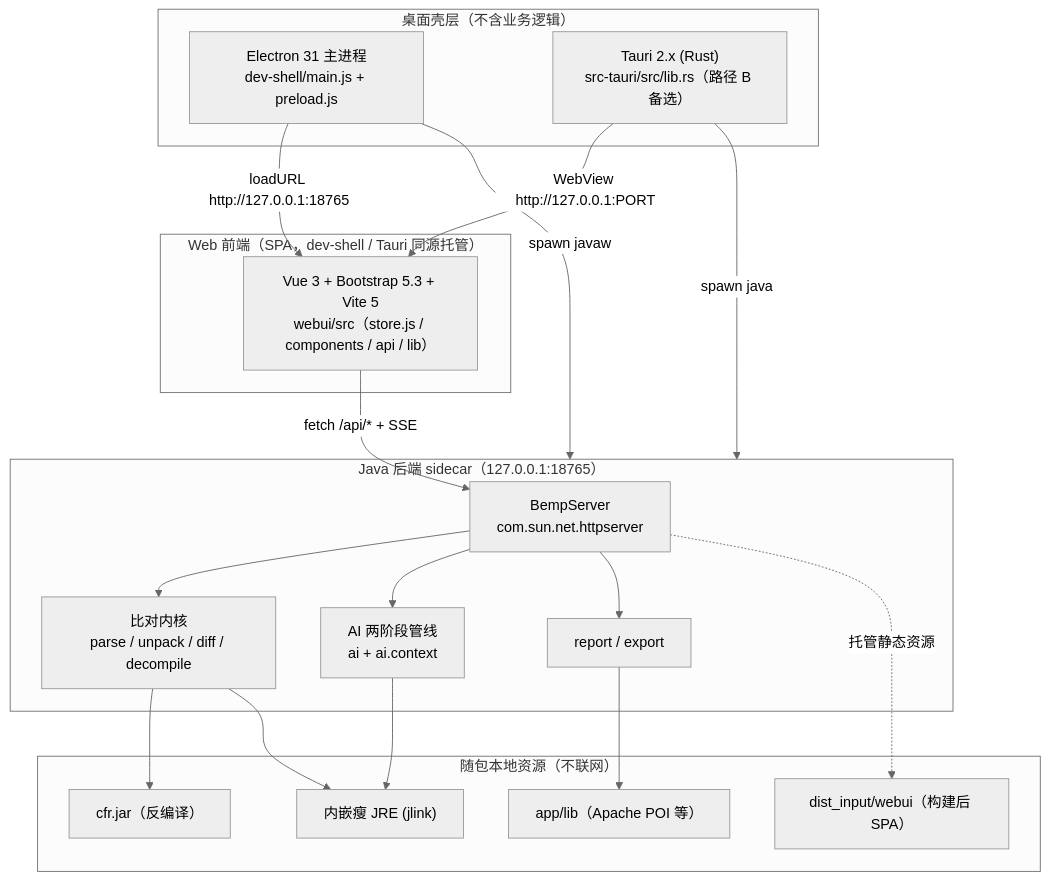
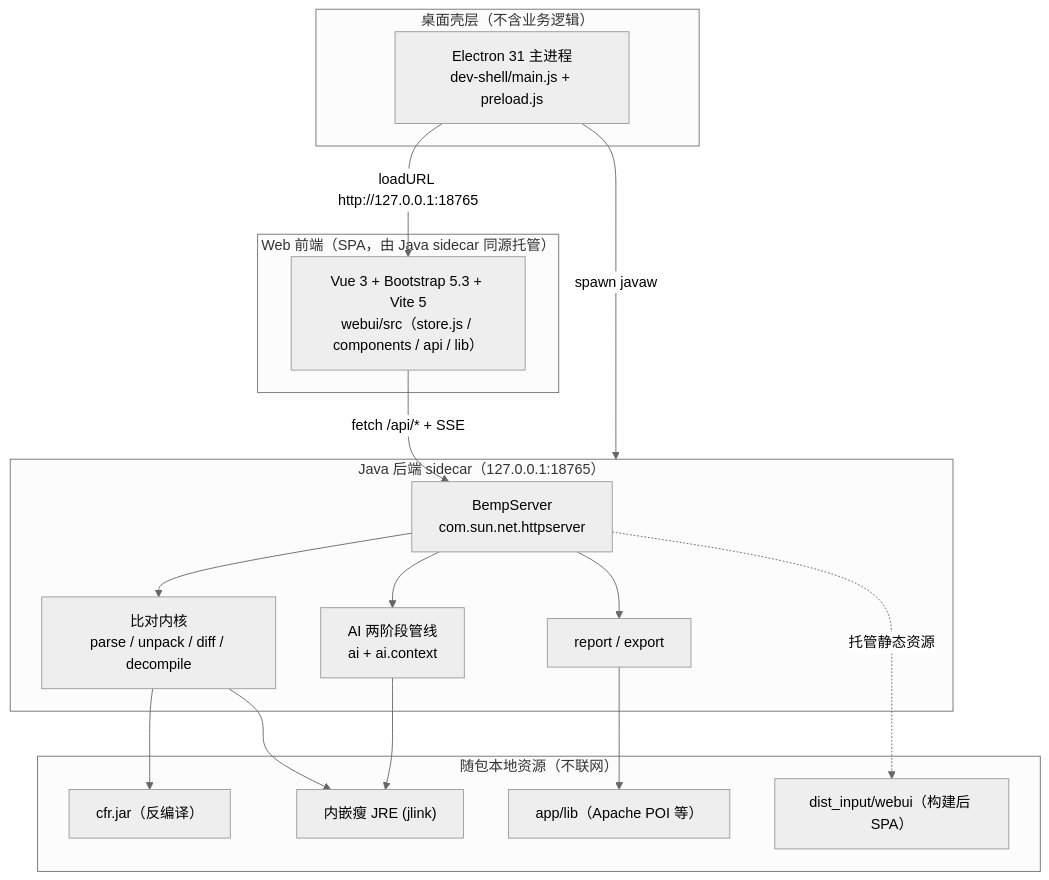
The first of 6 diagrams in docs/系统架构设计.md (wangnan05563/BempDiff), drawn with Mermaid (neutral theme) before and after one commit. The commit also changed other lines of this file and 87 other files, not shown here.

````diff
--- a/docs/系统架构设计.md
+++ b/docs/系统架构设计.md
@@ -51,39 +52,36 @@
 ```mermaid
 graph TB
     subgraph Shell["桌面壳层（不含业务逻辑）"]
         EL["Electron 31 主进程<br/>dev-shell/main.js + preload.js"]
-        TA["Tauri 2.x (Rust)<br/>src-tauri/src/lib.rs（路径 B 备选）"]
     end
 
-    subgraph FE["Web 前端（SPA，dev-shell / Tauri 同源托管）"]
+    subgraph FE["Web 前端（SPA，由 Java sidecar 同源托管）"]
         SPA["Vue 3 + Bootstrap 5.3 + Vite 5<br/>webui/src（store.js / components / api / lib）"]
     end
 
     subgraph BE["Java 后端 sidecar（127.0.0.1:18765）"]
         BESRV["BempServer<br/>com.sun.net.httpserver"]
         ENG["比对内核<br/>parse / unpack / diff / decompile"]
         AI["AI 两阶段管线<br/>ai + ai.context"]
         RPT["report / export"]
     end
 
     subgraph RES["随包本地资源（不联网）"]
         JRE["内嵌瘦 JRE (jlink)"]
         CFR["cfr.jar（反编译）"]
         POI["app/lib（Apache POI 等）"]
         WEBUI["dist_input/webui（构建后 SPA）"]
     end
 
     EL -->|spawn javaw| BE
-    TA -->|spawn java| BE
     EL -->|loadURL http://127.0.0.1:18765| SPA
-    TA -->|WebView http://127.0.0.1:PORT| SPA
     SPA -->|fetch /api/* + SSE| BESRV
     BESRV --> ENG
     BESRV --> AI
     BESRV --> RPT
     ENG --> CFR
     ENG --> JRE
     AI --> JRE
     RPT --> POI
     BESRV -.->|托管静态资源| WEBUI
 ```
````
